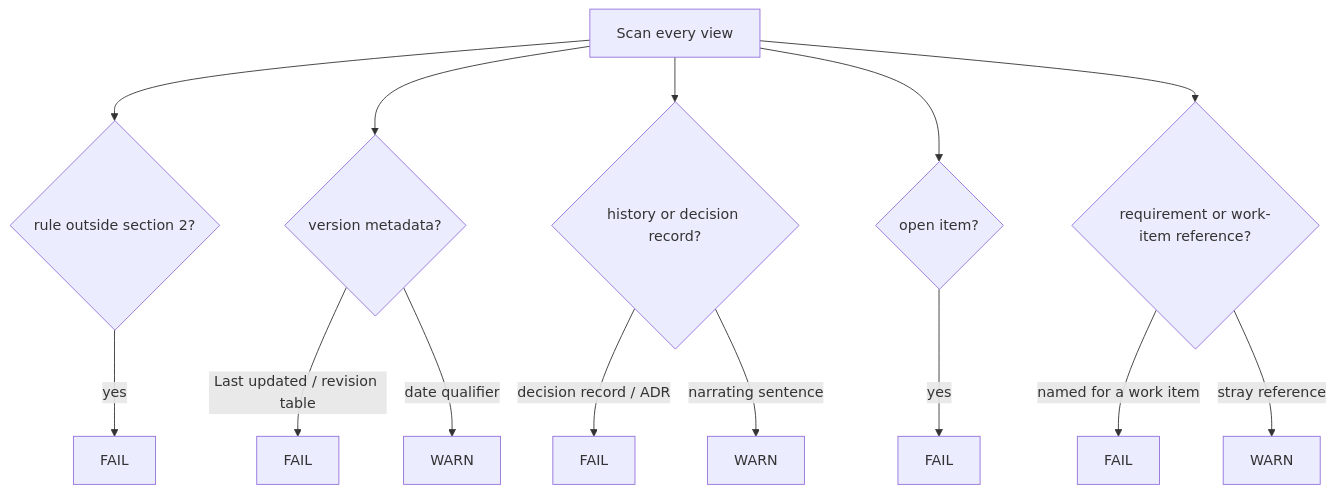
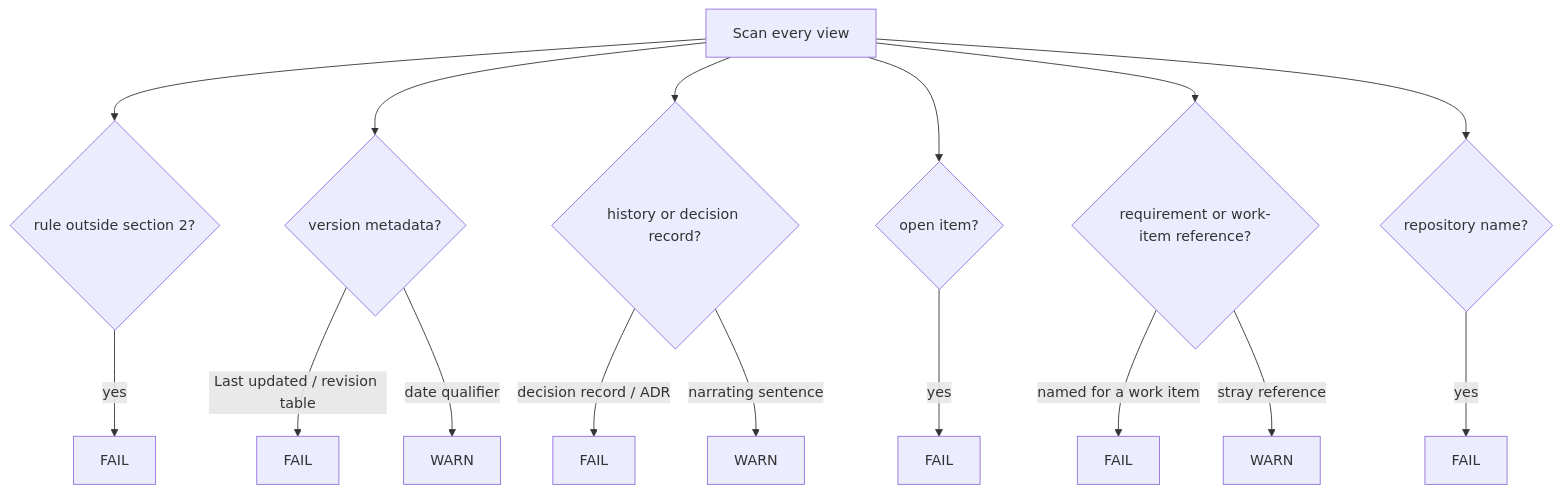
The diagram in plugins/agent-teams-workforce/skills/arc42-verify/references/living-doc-antipatterns.md (mark-satterfield/toolset), drawn with Mermaid before and after one commit. The commit also changed other lines of this file and 8 other files, not shown here.

````diff
--- a/plugins/agent-teams-workforce/skills/arc42-verify/references/living-doc-antipatterns.md
+++ b/plugins/agent-teams-workforce/skills/arc42-verify/references/living-doc-antipatterns.md
@@ -80,16 +95,18 @@
 ```mermaid
 flowchart TD
   scan[Scan every view] --> rule{rule outside section 2?}
   rule -->|yes| failR[FAIL]
   scan --> meta{version metadata?}
   meta -->|"Last updated / revision table"| failM[FAIL]
   meta -->|date qualifier| warnM[WARN]
   scan --> hist{history or decision record?}
   hist -->|decision record / ADR| failH[FAIL]
   hist -->|narrating sentence| warnH[WARN]
   scan --> open{open item?}
   open -->|yes| failO[FAIL]
   scan --> req{requirement or work-item reference?}
   req -->|named for a work item| failQ[FAIL]
   req -->|stray reference| warnQ[WARN]
+  scan --> repo{repository name?}
+  repo -->|yes| failP[FAIL]
 ```
````
